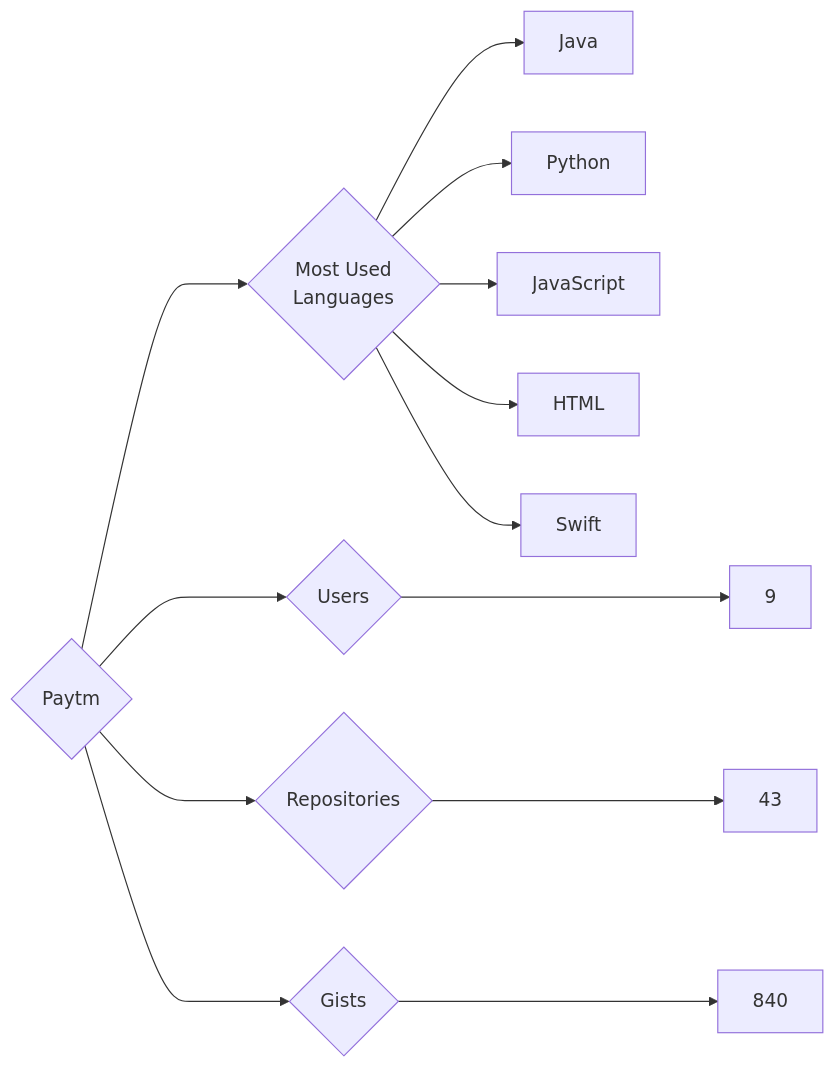
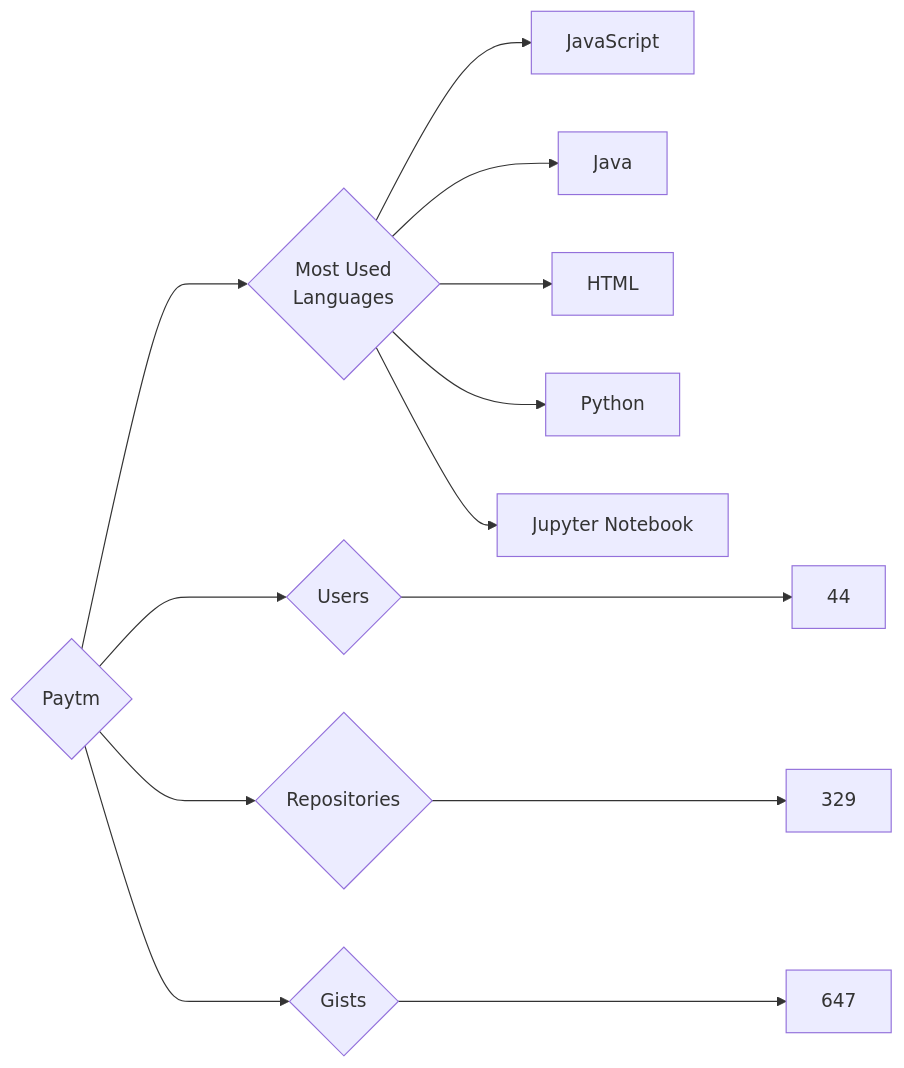
One commit to trickest/insiders changed the diagram in targets/Paytm/README.md. Above: the diagram before and after it, drawn with Mermaid. The commit also changed 948 other files, not shown here.

````diff
--- a/targets/Paytm/README.md
+++ b/targets/Paytm/README.md
@@ -3,13 +3,13 @@
 ```mermaid
 graph LR
 COMPANY_NAME{Paytm}
-COMPANY_NAME ---> U{Users} ---> UN[9]
-COMPANY_NAME ---> R{Repositories} ---> RN[43]
-COMPANY_NAME ---> G{Gists} ---> GN[840]
+COMPANY_NAME ---> U{Users} ---> UN[44]
+COMPANY_NAME ---> R{Repositories} ---> RN[329]
+COMPANY_NAME ---> G{Gists} ---> GN[647]
 COMPANY_NAME ---> ML{Most Used<br>Languages}
+ML --> JavaScript[JavaScript]
 ML --> Java[Java]
+ML --> HTML[HTML]
 ML --> Python[Python]
-ML --> JavaScript[JavaScript]
-ML --> HTML[HTML]
-ML --> Swift[Swift]
+ML --> Jupyter_Notebook[Jupyter Notebook]
 ```
````
